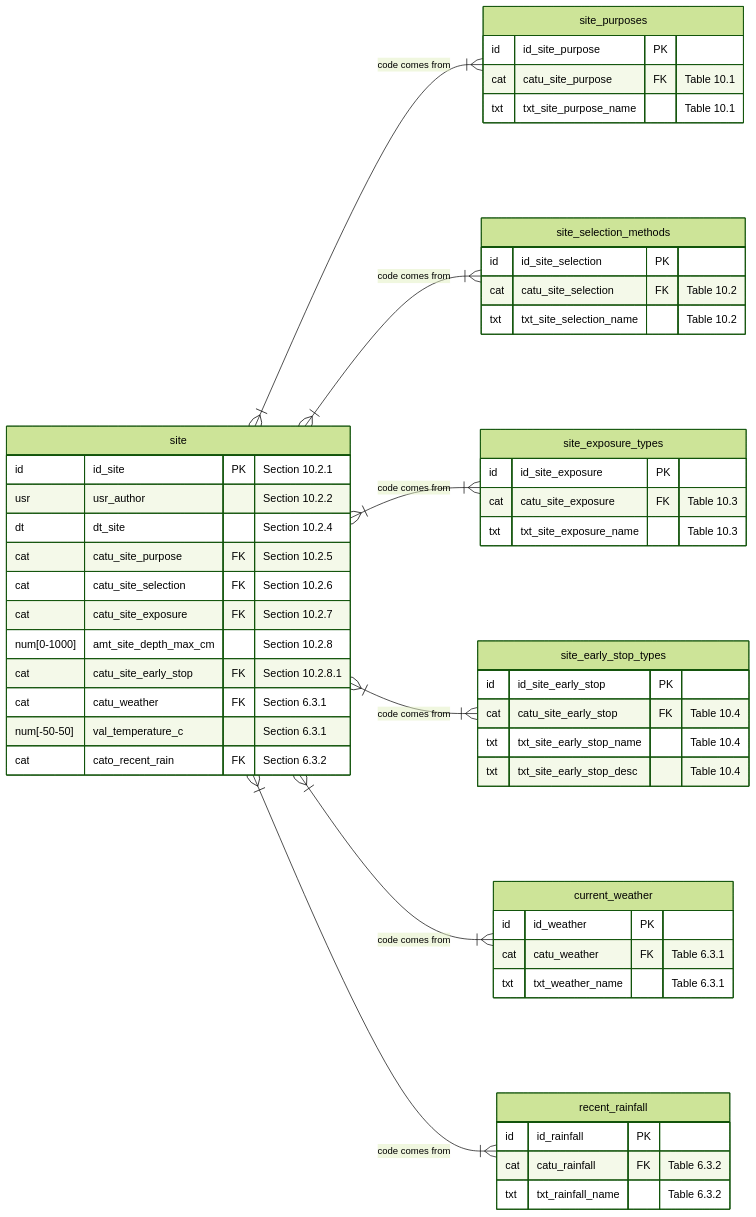
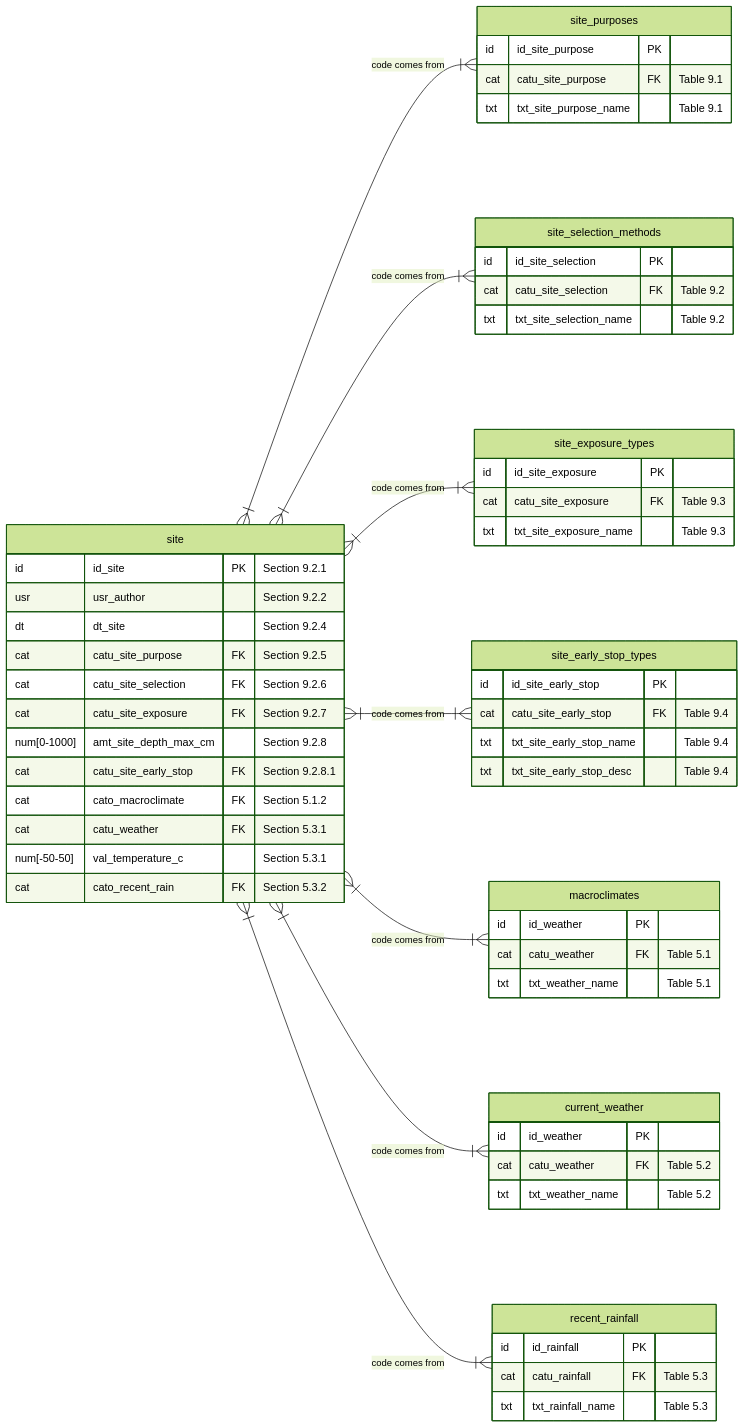
The fifth of 27 diagrams in ap_03_database_design.qmd (manaakiwhenua/NZ_soildesc_2024), drawn with Mermaid (forest theme) before and after one commit. The commit also changed other lines of this file, not shown here.

````diff
--- a/ap_03_database_design.qmd
+++ b/ap_03_database_design.qmd
@@ -323,69 +324,78 @@
 ```{mermaid}
 %%| label: fig-msited
 %%| fig-cap: "Site - Details"
 
 erDiagram
   direction LR
   site }|--|{ site_purposes : "code comes from"
   site }|--|{ site_selection_methods : "code comes from"
   site }|--|{ site_exposure_types : "code comes from"
   site }|--|{ site_early_stop_types : "code comes from"
+  site }|--|{ macroclimates : "code comes from"
   site }|--|{ current_weather : "code comes from"
   site }|--|{ recent_rainfall : "code comes from"
 
   %% data %%
   site {
-    id          id_site PK               "Section 10.2.1"
-    usr         usr_author               "Section 10.2.2"
-    dt          dt_site                  "Section 10.2.4"
-    cat         catu_site_purpose FK     "Section 10.2.5"
-    cat         catu_site_selection FK   "Section 10.2.6"
-    cat         catu_site_exposure FK    "Section 10.2.7"
-    num[0-1000] amt_site_depth_max_cm    "Section 10.2.8"
-    cat         catu_site_early_stop FK  "Section 10.2.8.1"
+    id          id_site PK               "Section 9.2.1"
+    usr         usr_author               "Section 9.2.2"
+    dt          dt_site                  "Section 9.2.4"
+    cat         catu_site_purpose FK     "Section 9.2.5"
+    cat         catu_site_selection FK   "Section 9.2.6"
+    cat         catu_site_exposure FK    "Section 9.2.7"
+    num[0-1000] amt_site_depth_max_cm    "Section 9.2.8"
+    cat         catu_site_early_stop FK  "Section 9.2.8.1"
+    %% macroclimate %% 
+    cat         cato_macroclimate FK     "Section 5.1.2"
     %% weather at visit %%
-    cat         catu_weather FK          "Section 6.3.1"
-    num[-50-50] val_temperature_c        "Section 6.3.1"
-    cat         cato_recent_rain FK      "Section 6.3.2"
+    cat         catu_weather FK          "Section 5.3.1"
+    num[-50-50] val_temperature_c        "Section 5.3.1"
+    cat         cato_recent_rain FK      "Section 5.3.2"
   }
   
   site_purposes {
     id          id_site_purpose PK
-    cat         catu_site_purpose FK     "Table 10.1"
-    txt         txt_site_purpose_name    "Table 10.1"
+    cat         catu_site_purpose FK     "Table 9.1"
+    txt         txt_site_purpose_name    "Table 9.1"
   }
   
   site_selection_methods {
     id          id_site_selection PK
-    cat         catu_site_selection FK   "Table 10.2"
-    txt         txt_site_selection_name  "Table 10.2"
+    cat         catu_site_selection FK   "Table 9.2"
+    txt         txt_site_selection_name  "Table 9.2"
   }
   
   site_exposure_types {
     id          id_site_exposure PK
-    cat         catu_site_exposure FK    "Table 10.3"
-    txt         txt_site_exposure_name   "Table 10.3"
+    cat         catu_site_exposure FK    "Table 9.3"
+    txt         txt_site_exposure_name   "Table 9.3"
   }
   
   site_early_stop_types {
     id          id_site_early_stop PK
-    cat         catu_site_early_stop FK  "Table 10.4"
-    txt         txt_site_early_stop_name "Table 10.4"
-    txt         txt_site_early_stop_desc "Table 10.4"
+    cat         catu_site_early_stop FK  "Table 9.4"
+    txt         txt_site_early_stop_name "Table 9.4"
+    txt         txt_site_early_stop_desc "Table 9.4"
+  }
+
+  macroclimates {
+    id          id_weather PK
+    cat         catu_weather FK  "Table 5.1"
+    txt         txt_weather_name "Table 5.1"
   }
 
   current_weather {
     id          id_weather PK
-    cat         catu_weather FK  "Table 6.3.1"
-    txt         txt_weather_name "Table 6.3.1"
+    cat         catu_weather FK  "Table 5.2"
+    txt         txt_weather_name "Table 5.2"
   }
   
   recent_rainfall {
     id          id_rainfall PK
-    cat         catu_rainfall FK  "Table 6.3.2"
-    txt         txt_rainfall_name "Table 6.3.2"
+    cat         catu_rainfall FK  "Table 5.3"
+    txt         txt_rainfall_name "Table 5.3"
   }
 
 
   
 ```
````
